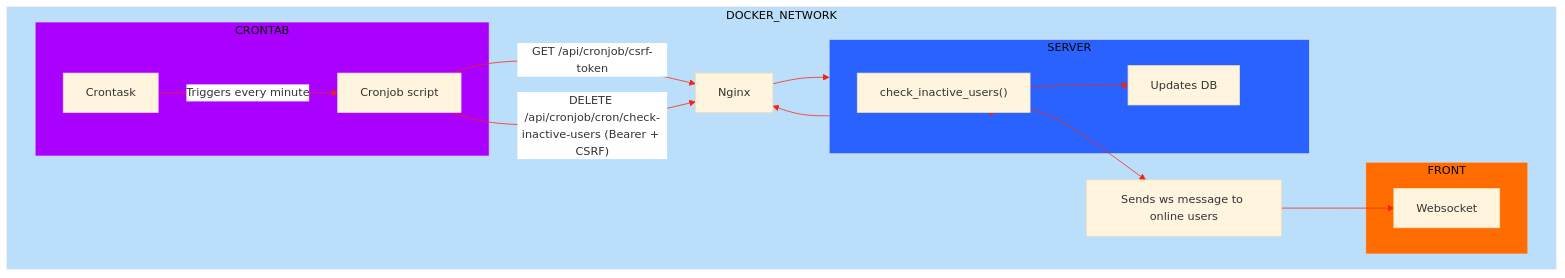
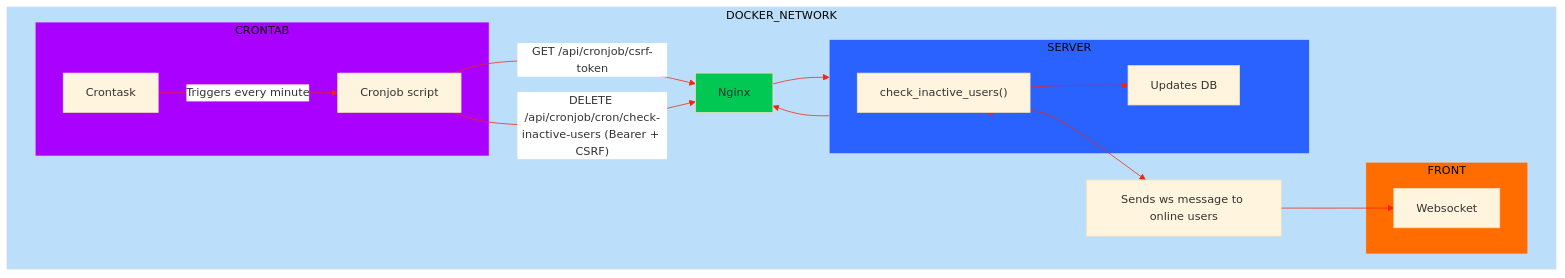
One commit to ysengoku/42-ft_transcendence changed the diagram in doc/crontab/CRONTAB.md. Above: the diagram before and after it, drawn with Mermaid.

````diff
--- a/doc/crontab/CRONTAB.md
+++ b/doc/crontab/CRONTAB.md
@@ -99,45 +99,46 @@
 ```mermaid
 ---
 config:
   layout: dagre
   look: classic
   theme: base
   themeVariables:
     lineColor: '#f7230c'
     textColor: '#191919'
     fontSize: 15px
     nodeTextColor: '#000'
     edgeLabelBackground: '#fff'
 ---
 flowchart TD
 subgraph CRONJOB["CRONTAB"]
 A["Cronjob script"]
 T["Crontask"]
 end
 subgraph SERVER["SERVER"]
 D["check_inactive_users()"]
 E["Updates DB"]
 end
 subgraph FRONT["FRONT"]
 W["Websocket"]
 end
 subgraph DOCKER_NETWORK["DOCKER_NETWORK"]
 CRONJOB
 B["Nginx"]
 F["Sends ws message to online users"]
 SERVER
 FRONT
 end
 T -- "Triggers every minute" --> A
 A -- "GET /api/cronjob/csrf-token" --> B
 B --> SERVER
 SERVER --> B & D
 A -- "DELETE /api/cronjob/cron/check-inactive-users (Bearer + CSRF)" --> B
 D --> E
 D --> F --> W
 
     style CRONJOB fill:#AA00FF
+    style B fill:#00C853
     style SERVER fill:#2962FF
     style FRONT fill:#FF6D00
     style DOCKER_NETWORK fill:#BBDEFB
 ```
````
